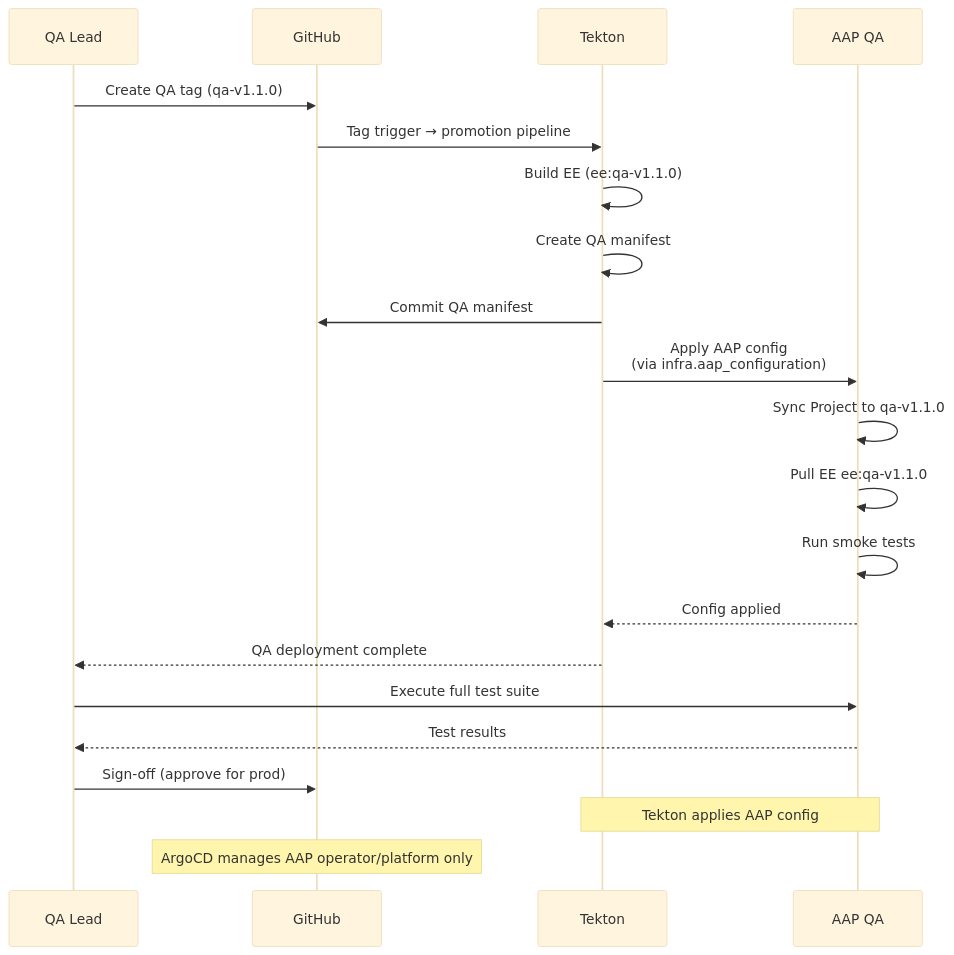
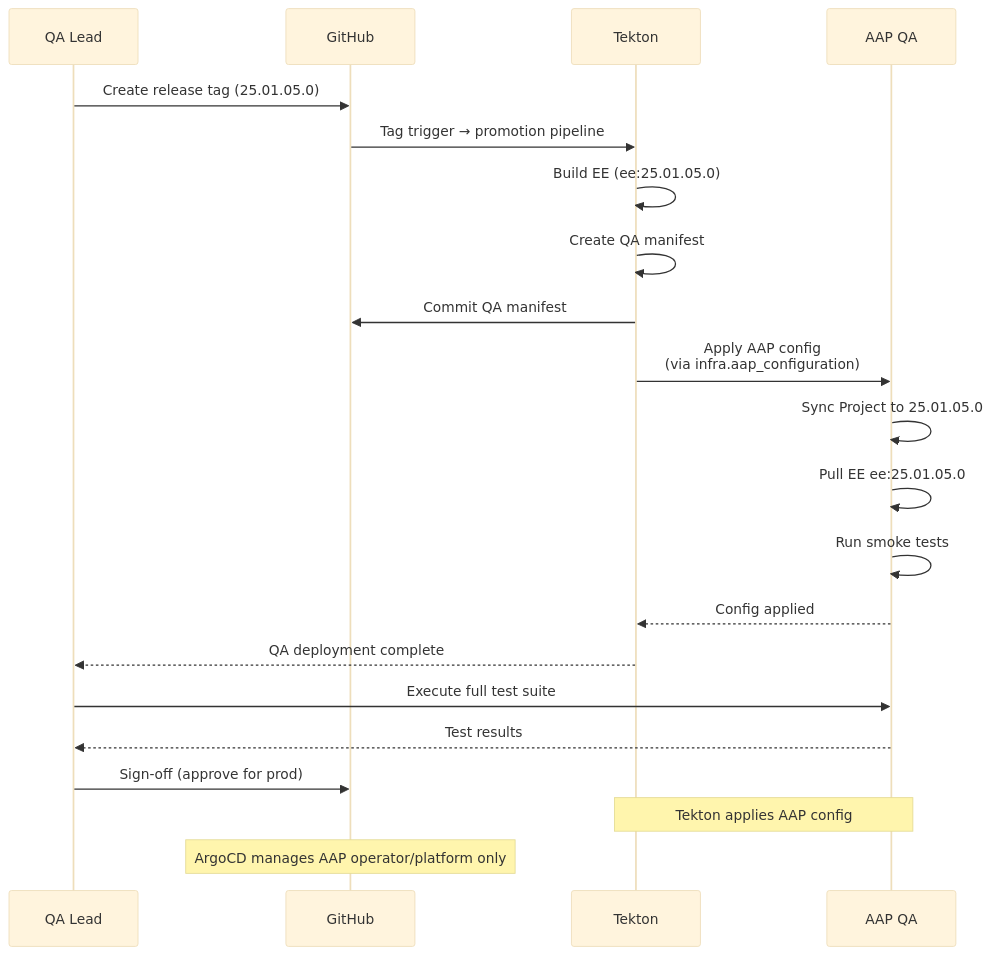
Before and after one commit to djdanielsson/rh1-docs: the fifth of 17 diagrams in docs/diagrams/PROMOTION-FLOW.md, drawn with Mermaid (base theme). The commit also changed other lines of this file and 11 other files, not shown here.

````diff
--- a/docs/diagrams/PROMOTION-FLOW.md
+++ b/docs/diagrams/PROMOTION-FLOW.md
@@ -281,28 +281,28 @@
 ```mermaid
 sequenceDiagram
     participant QA_Lead as QA Lead
     participant GH as GitHub
     participant Tek as Tekton
     participant AAP_Q as AAP QA
 
-    QA_Lead->>GH: Create QA tag (qa-v1.1.0)
+    QA_Lead->>GH: Create release tag (25.01.05.0)
     GH->>Tek: Tag trigger → promotion pipeline
 
-    Tek->>Tek: Build EE (ee:qa-v1.1.0)
+    Tek->>Tek: Build EE (ee:25.01.05.0)
     Tek->>Tek: Create QA manifest
     Tek->>GH: Commit QA manifest
 
     Tek->>AAP_Q: Apply AAP config<br/>(via infra.aap_configuration)
-    AAP_Q->>AAP_Q: Sync Project to qa-v1.1.0
-    AAP_Q->>AAP_Q: Pull EE ee:qa-v1.1.0
+    AAP_Q->>AAP_Q: Sync Project to 25.01.05.0
+    AAP_Q->>AAP_Q: Pull EE ee:25.01.05.0
     AAP_Q->>AAP_Q: Run smoke tests
     AAP_Q-->>Tek: Config applied
     Tek-->>QA_Lead: QA deployment complete
 
     QA_Lead->>AAP_Q: Execute full test suite
     AAP_Q-->>QA_Lead: Test results
     QA_Lead->>GH: Sign-off (approve for prod)
 
     Note over Tek,AAP_Q: Tekton applies AAP config
     Note over GH: ArgoCD manages AAP operator/platform only
 ```
````
